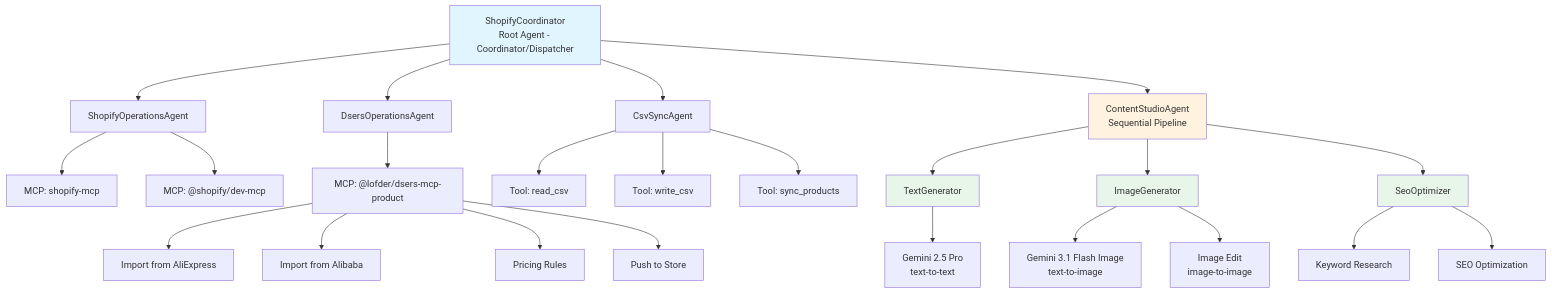
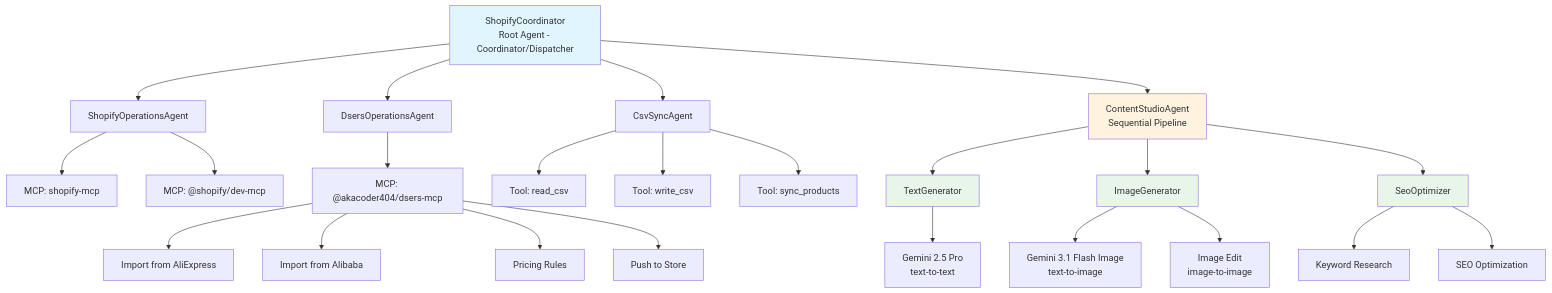
One commit to AkaCoder404/shopify-adk-agent changed the diagram in README.md. Above: the diagram before and after it, drawn with Mermaid. The commit also changed other lines of this file and 1 other file, not shown here.

Commit message:
feat: update dsers mcp

````diff
--- a/README.md
+++ b/README.md
@@ -24,36 +24,36 @@
 ```mermaid
 graph TD
     A[ShopifyCoordinator<br/>Root Agent - Coordinator/Dispatcher] --> B[ShopifyOperationsAgent]
     A --> C[DsersOperationsAgent]
     A --> D[CsvSyncAgent]
     A --> E[ContentStudioAgent<br/>Sequential Pipeline]
     
     B --> B1[MCP: shopify-mcp]
     B --> B2[MCP: @shopify/dev-mcp]
     
-    C --> C1[MCP: @lofder/dsers-mcp-product]
+    C --> C1[MCP: @akacoder404/dsers-mcp]
     C1 --> C1a[Import from AliExpress]
     C1 --> C1b[Import from Alibaba]
     C1 --> C1c[Pricing Rules]
     C1 --> C1d[Push to Store]
     
     D --> D1[Tool: read_csv]
     D --> D2[Tool: write_csv]
     D --> D3[Tool: sync_products]
     
     E --> F[TextGenerator]
     E --> G[ImageGenerator]
     E --> H[SeoOptimizer]
     
     F --> F1[Gemini 2.5 Pro<br/>text-to-text]
     G --> G1[Gemini 3.1 Flash Image<br/>text-to-image]
     G --> G2[Image Edit<br/>image-to-image]
     H --> H1[Keyword Research]
     H --> H2[SEO Optimization]
     
     style A fill:#e1f5fe
     style E fill:#fff3e0
     style F fill:#e8f5e9
     style G fill:#e8f5e9
     style H fill:#e8f5e9
 ```
````
